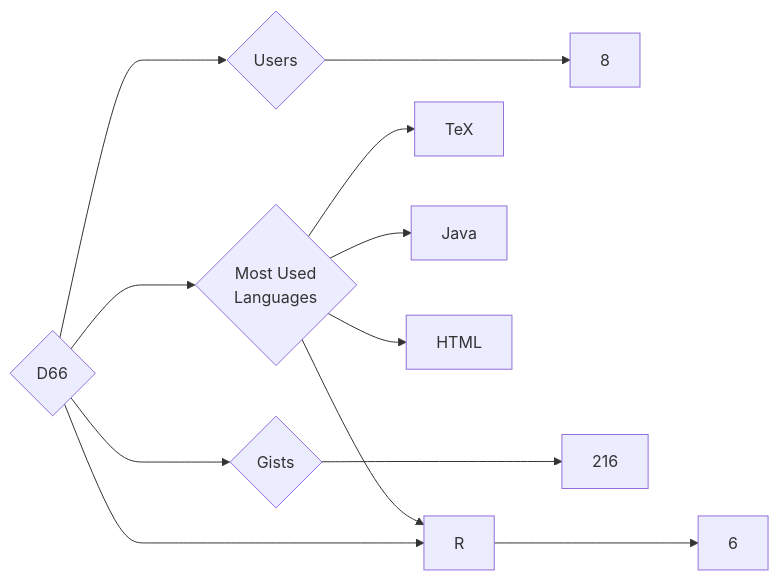
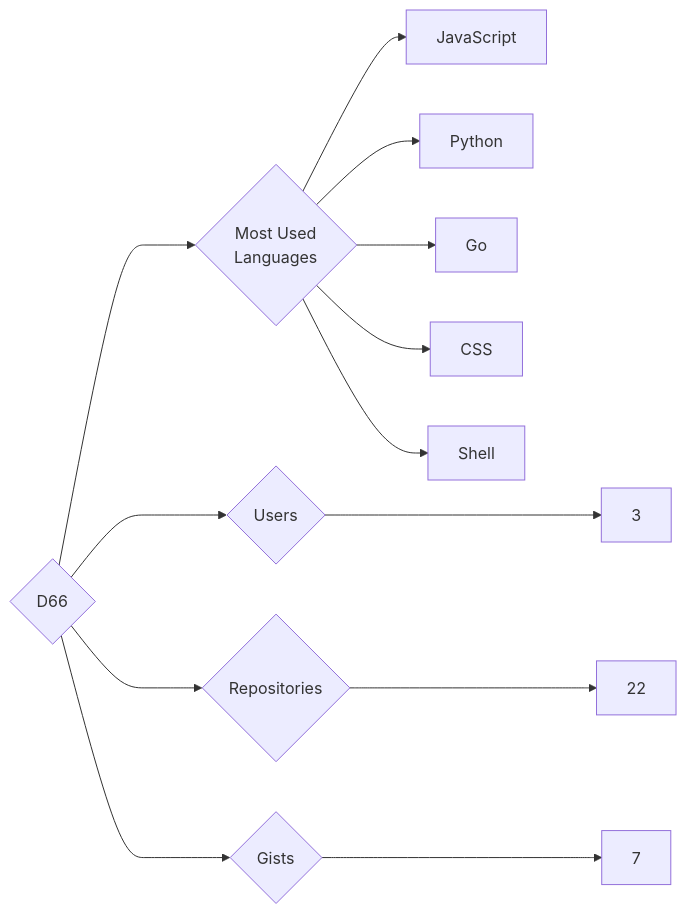
Before and after one commit to trickest/insiders: the diagram in targets/D66/README.md, drawn with Mermaid. The commit also changed 745 other files, not shown here.

````diff
--- a/targets/D66/README.md
+++ b/targets/D66/README.md
@@ -3,12 +3,13 @@
 ```mermaid
 graph LR
 COMPANY_NAME{D66}
-COMPANY_NAME ---> U{Users} ---> UN[8]
-COMPANY_NAME ---> R{Repositories} ---> RN[6]
-COMPANY_NAME ---> G{Gists} ---> GN[216]
+COMPANY_NAME ---> U{Users} ---> UN[3]
+COMPANY_NAME ---> R{Repositories} ---> RN[22]
+COMPANY_NAME ---> G{Gists} ---> GN[7]
 COMPANY_NAME ---> ML{Most Used<br>Languages}
-ML --> TeX[TeX]
-ML --> R[R]
-ML --> Java[Java]
-ML --> HTML[HTML]
+ML --> JavaScript[JavaScript]
+ML --> Python[Python]
+ML --> Go[Go]
+ML --> CSS[CSS]
+ML --> Shell[Shell]
 ```
````
